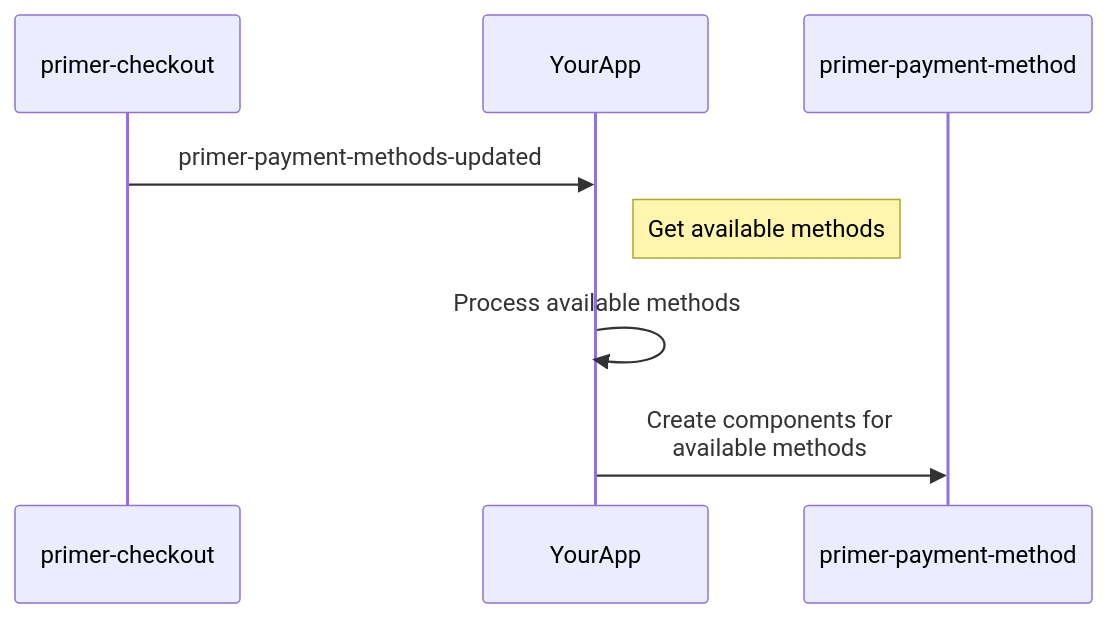
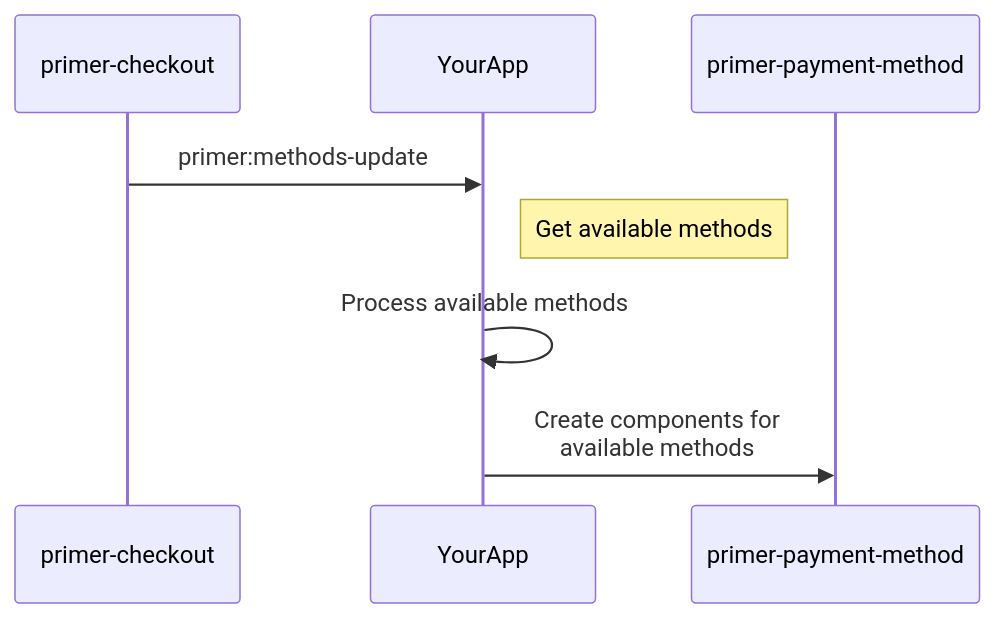
The third of 3 diagrams in docs/documentation/sdk-reference/Components/payment-method-doc.md (primer-io/examples), drawn with Mermaid before and after one commit. The commit also changed other lines of this file and 6 other files, not shown here.

````diff
--- a/docs/documentation/sdk-reference/Components/payment-method-doc.md
+++ b/docs/documentation/sdk-reference/Components/payment-method-doc.md
@@ -89,11 +89,11 @@
 ```mermaid
 sequenceDiagram
     participant Checkout as primer-checkout
     participant YourApp
     participant PaymentMethod as primer-payment-method
 
-    Checkout->>YourApp: primer-payment-methods-updated
+    Checkout->>YourApp: primer:methods-update
     Note right of YourApp: Get available methods
     YourApp->>YourApp: Process available methods
     YourApp->>PaymentMethod: Create components for<br>available methods
 ```
````
